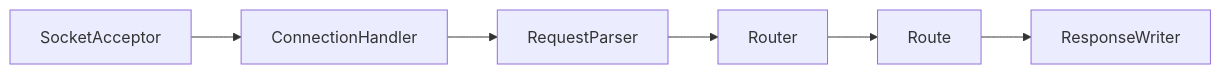
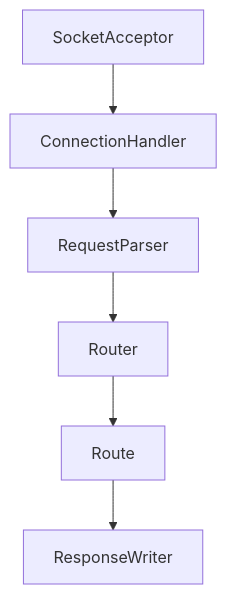
Before and after one commit to DaniloMekic/java-simple-http-server: the diagram in README.md, drawn with Mermaid.

Commit message:
Change flowchart in README from left-right to top-bottom.

````diff
--- a/README.md
+++ b/README.md
@@ -3,8 +3,8 @@
 ```mermaid
-flowchart LR
+flowchart TD
     A[SocketAcceptor] --> B[ConnectionHandler]
     B --> C[RequestParser]
     C --> D[Router]
     D --> E[Route]
     E --> F[ResponseWriter] 
 ```
````
